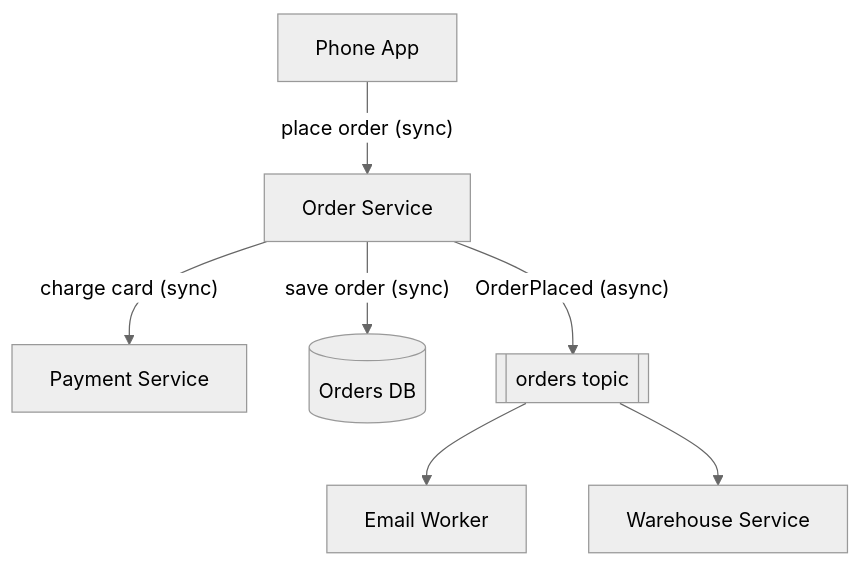
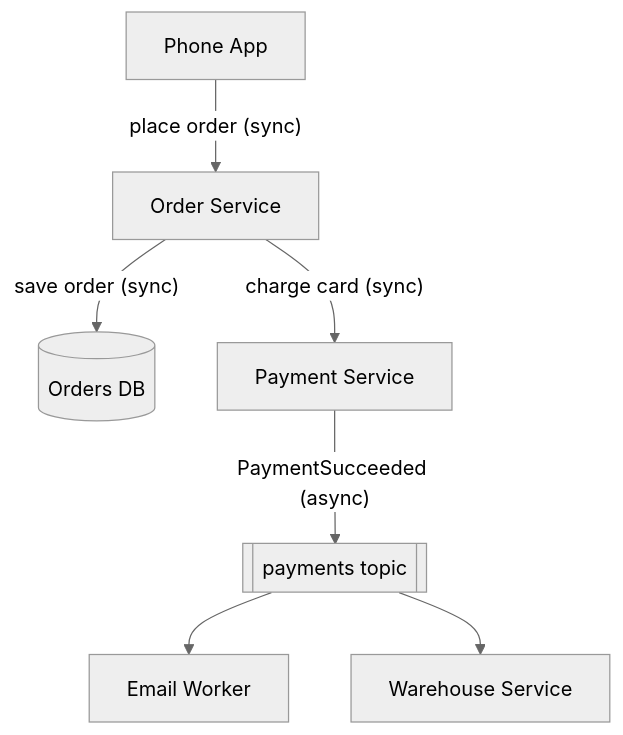
The third of 3 diagrams in content/system-design/messaging/sync-vs-async.mdx (iamrs77/interview-ready), drawn with Mermaid (neutral theme) before and after one commit. The commit also changed other lines of this file and 132 other files, not shown here.

````diff
--- a/content/system-design/messaging/sync-vs-async.mdx
+++ b/content/system-design/messaging/sync-vs-async.mdx
@@ -84,9 +84,9 @@
 ```mermaid
 flowchart TB
   U["Phone App"]:::client -->|"place order (sync)"| O["Order Service"]:::service
+  O -->|"save order (sync)"| DB[("Orders DB")]:::db
   O -->|"charge card (sync)"| P["Payment Service"]:::service
-  O -->|"save order (sync)"| DB[("Orders DB")]:::db
-  O -->|"OrderPlaced (async)"| T[["orders topic"]]:::queue
+  P -->|"PaymentSucceeded (async)"| T[["payments topic"]]:::queue
   T --> M["Email Worker"]:::service
   T --> W["Warehouse Service"]:::service
 ```
````
